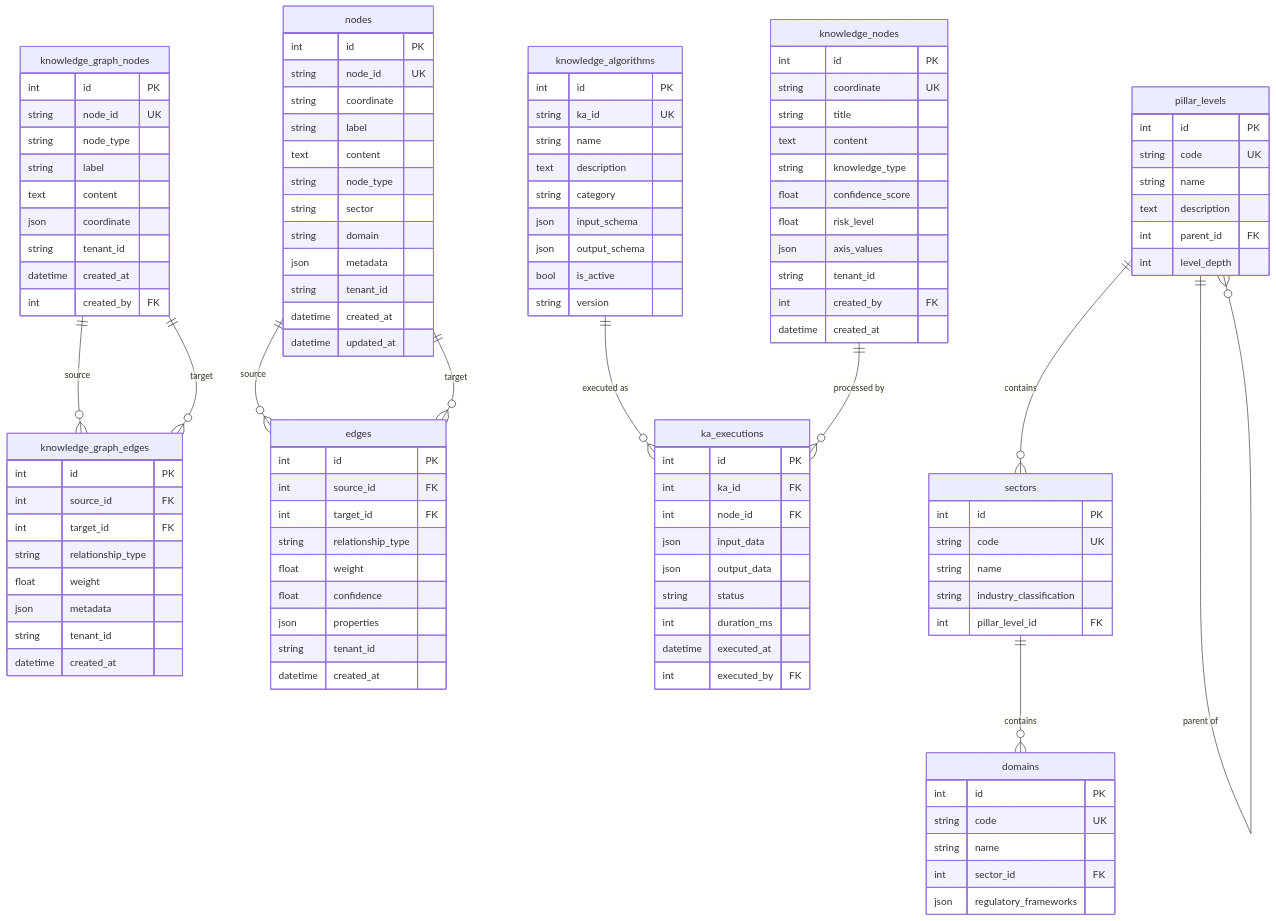
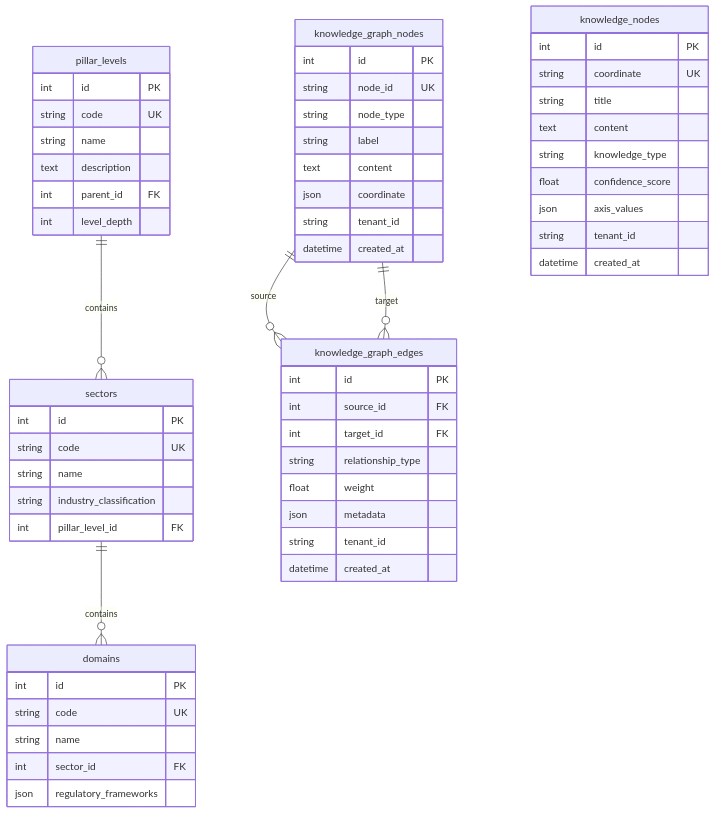
The fourth of 5 diagrams in docs/DATABASE_SCHEMA.md (kherrera6219/DataLogicEngine), drawn with Mermaid before and after one commit. The commit also changed other lines of this file, not shown here.

Commit message:
docs: refresh database schema for multi-store architecture

````diff
--- a/docs/DATABASE_SCHEMA.md
+++ b/docs/DATABASE_SCHEMA.md
@@ -317,55 +281,5 @@
 ```mermaid
 erDiagram
-    knowledge_graph_nodes {
-        int id PK
-        string node_id UK
-        string node_type
-        string label
-        text content
-        json coordinate
-        string tenant_id
-        datetime created_at
-        int created_by FK
-    }
-
-    knowledge_graph_edges {
-        int id PK
-        int source_id FK
-        int target_id FK
-        string relationship_type
-        float weight
-        json metadata
-        string tenant_id
-        datetime created_at
-    }
-
-    nodes {
-        int id PK
-        string node_id UK
-        string coordinate
-        string label
-        text content
-        string node_type
-        string sector
-        string domain
-        json metadata
-        string tenant_id
-        datetime created_at
-        datetime updated_at
-    }
-
-    edges {
-        int id PK
-        int source_id FK
-        int target_id FK
-        string relationship_type
-        float weight
-        float confidence
-        json properties
-        string tenant_id
-        datetime created_at
-    }
-
     pillar_levels {
         int id PK
         string code UK
@@ -391,6 +305,28 @@
         json regulatory_frameworks
     }
 
+    knowledge_graph_nodes {
+        int id PK
+        string node_id UK
+        string node_type
+        string label
+        text content
+        json coordinate
+        string tenant_id
+        datetime created_at
+    }
+
+    knowledge_graph_edges {
+        int id PK
+        int source_id FK
+        int target_id FK
+        string relationship_type
+        float weight
+        json metadata
+        string tenant_id
+        datetime created_at
+    }
+
     knowledge_nodes {
         int id PK
         string coordinate UK
@@ -398,44 +334,13 @@
         text content
         string knowledge_type
         float confidence_score
-        float risk_level
         json axis_values
         string tenant_id
-        int created_by FK
         datetime created_at
     }
 
-    knowledge_algorithms {
-        int id PK
-        string ka_id UK
-        string name
-        text description
-        string category
-        json input_schema
-        json output_schema
-        bool is_active
-        string version
-    }
-
-    ka_executions {
-        int id PK
-        int ka_id FK
-        int node_id FK
-        json input_data
-        json output_data
-        string status
-        int duration_ms
-        datetime executed_at
-        int executed_by FK
-    }
-
-    knowledge_graph_nodes ||--o{ knowledge_graph_edges : "source"
-    knowledge_graph_nodes ||--o{ knowledge_graph_edges : "target"
-    nodes ||--o{ edges : "source"
-    nodes ||--o{ edges : "target"
-    pillar_levels ||--o{ sectors : "contains"
-    sectors ||--o{ domains : "contains"
-    pillar_levels ||--o{ pillar_levels : "parent of"
-    knowledge_algorithms ||--o{ ka_executions : "executed as"
-    knowledge_nodes ||--o{ ka_executions : "processed by"
+    pillar_levels ||--o{ sectors : contains
+    sectors ||--o{ domains : contains
+    knowledge_graph_nodes ||--o{ knowledge_graph_edges : source
+    knowledge_graph_nodes ||--o{ knowledge_graph_edges : target
 ```
````
